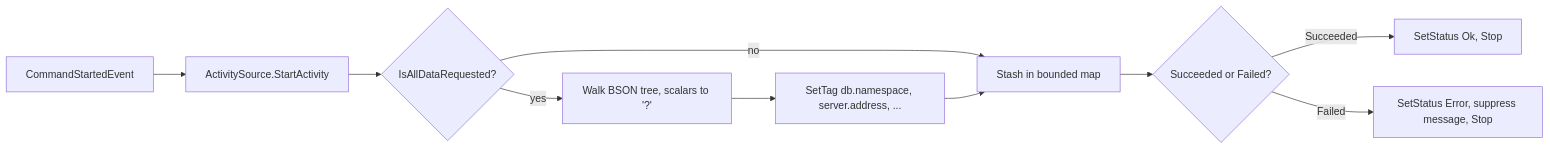
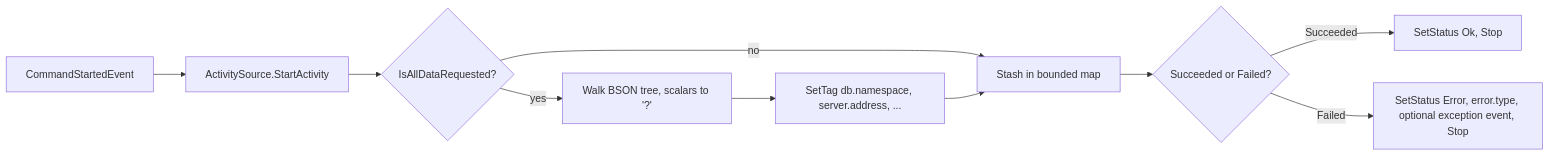
One commit to gogetenk/Tokuro.OpenTelemetry.Instrumentation.MongoDB changed the diagram in README.md. Above: the diagram before and after it, drawn with Mermaid. The commit also changed other lines of this file and 14 other files, not shown here.

First line of the commit message:
fix: align docs with shipped behavior, add options callback overload, OTel-correct exception event (#10)

````diff
--- a/README.md
+++ b/README.md
@@ -115,12 +115,12 @@
 ```mermaid
 flowchart LR
     A[CommandStartedEvent] --> B[ActivitySource.StartActivity]
     B --> C{IsAllDataRequested?}
     C -- no  --> D[Stash in bounded map]
     C -- yes --> E[Walk BSON tree, scalars to '?']
     E --> F[SetTag db.namespace, server.address, ...]
     F --> D
     D --> G{Succeeded or Failed?}
     G -- Succeeded --> H[SetStatus Ok, Stop]
-    G -- Failed    --> I[SetStatus Error, suppress message, Stop]
+    G -- Failed    --> I[SetStatus Error, error.type, optional exception event, Stop]
 ```
````
